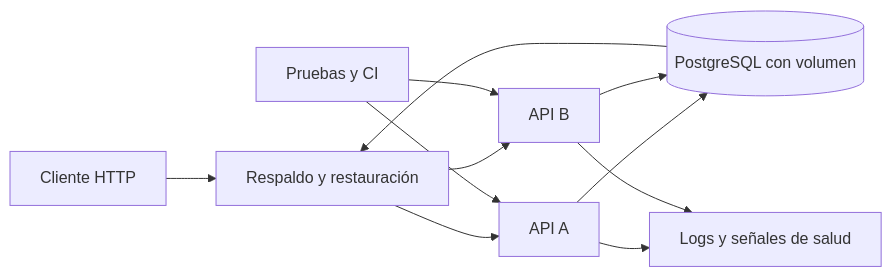
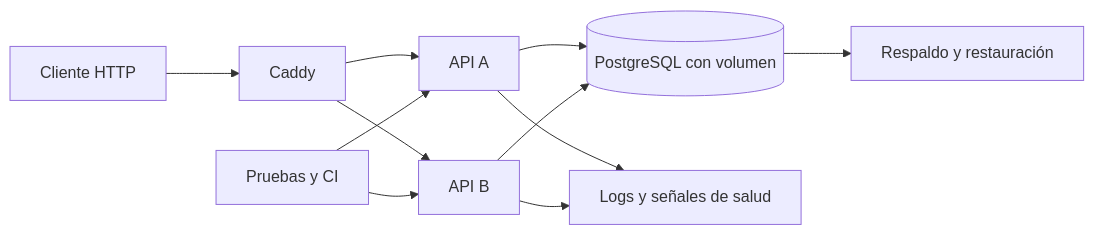
One commit to eshernan/informatica-i-arquitectura-ia changed the first of 2 diagrams in docs/RUTA_CONTENEDORES.md. Above: the diagram before and after it, drawn with Mermaid. The commit also changed other lines of this file and 27 other files, not shown here.

````diff
--- a/docs/RUTA_CONTENEDORES.md
+++ b/docs/RUTA_CONTENEDORES.md
@@ -7,13 +9,13 @@
 ```mermaid
 flowchart LR
   C[Cliente HTTP] --> B[Caddy]
   B --> A1[API A]
   B --> A2[API B]
   A1 --> P[(PostgreSQL con volumen)]
   A2 --> P
   CI[Pruebas y CI] --> A1
   CI --> A2
   A1 --> L[Logs y señales de salud]
   A2 --> L
-  P --> B[Respaldo y restauración]
+  P --> R[Respaldo y restauración]
 ```
````
